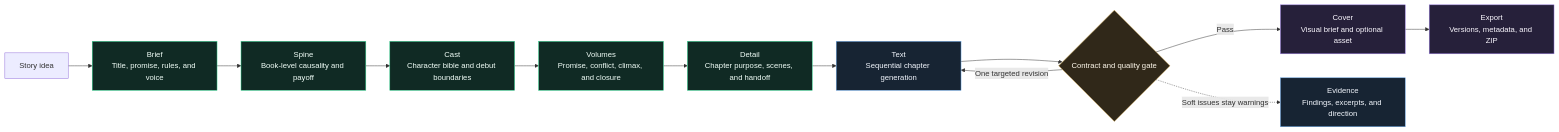
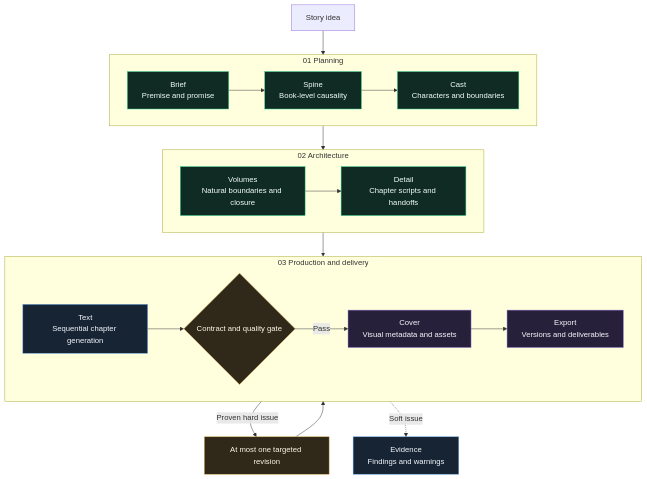
Before and after one commit to isla4ever/yotsuba-ink: the first of 2 diagrams in README.en.md, drawn with Mermaid. The commit also changed other lines of this file and 32 other files, not shown here.

Commit message:
feat: polish v1.0 library characters and delivery

````diff
--- a/README.en.md
+++ b/README.en.md
@@ -33,23 +33,33 @@
 ```mermaid
-flowchart LR
-  idea["Story idea"] --> brief["Brief<br/>Title, promise, rules, and voice"]
-  brief --> spine["Spine<br/>Book-level causality and payoff"]
-  spine --> cast["Cast<br/>Character bible and debut boundaries"]
-  cast --> volumes["Volumes<br/>Promise, conflict, climax, and closure"]
-  volumes --> detail["Detail<br/>Chapter purpose, scenes, and handoff"]
-  detail --> text["Text<br/>Sequential chapter generation"]
-  text --> gate{"Contract and quality gate"}
-  gate -->|Pass| cover["Cover<br/>Visual brief and optional asset"]
-  gate -->|One targeted revision| text
-  gate -. Soft issues stay warnings .-> evidence["Evidence<br/>Findings, excerpts, and direction"]
-  cover --> export["Export<br/>Versions, metadata, and ZIP"]
+flowchart TB
+  idea["Story idea"] --> brief
+
+  subgraph planningStage["01 Planning"]
+    direction LR
+    brief["Brief<br/>Premise and promise"] --> spine["Spine<br/>Book-level causality"] --> cast["Cast<br/>Characters and boundaries"]
+  end
+
+  subgraph architectureStage["02 Architecture"]
+    direction LR
+    volumes["Volumes<br/>Natural boundaries and closure"] --> detail["Detail<br/>Chapter scripts and handoffs"]
+  end
+
+  subgraph productionStage["03 Production and delivery"]
+    direction LR
+    text["Text<br/>Sequential chapter generation"] --> qualityGate{"Contract and quality gate"} -->|Pass| cover["Cover<br/>Visual metadata and assets"] --> export["Export<br/>Versions and deliverables"]
+  end
+
+  cast --> volumes
+  detail --> text
+  qualityGate -->|Proven hard issue| revision["At most one targeted revision"] --> text
+  qualityGate -.->|Soft issue| evidence["Evidence<br/>Findings and warnings"]
 
   classDef planning fill:#102a24,stroke:#2fd68f,color:#f2fff9;
   classDef writing fill:#172433,stroke:#69a7e8,color:#f4f8ff;
   classDef decision fill:#302819,stroke:#d8ad54,color:#fff9ec;
   classDef delivery fill:#26203a,stroke:#9a7ce2,color:#fbf8ff;
   class brief,spine,cast,volumes,detail planning;
   class text,evidence writing;
-  class gate decision;
+  class qualityGate,revision decision;
   class cover,export delivery;
 ```
````
